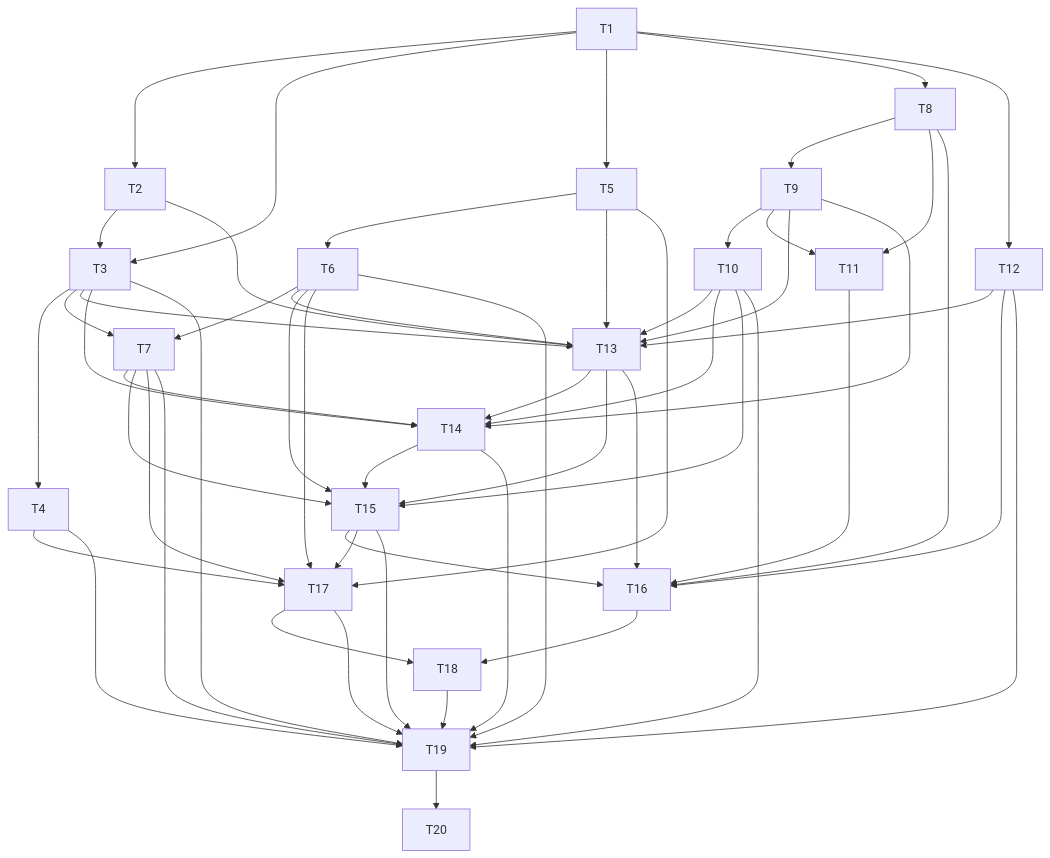
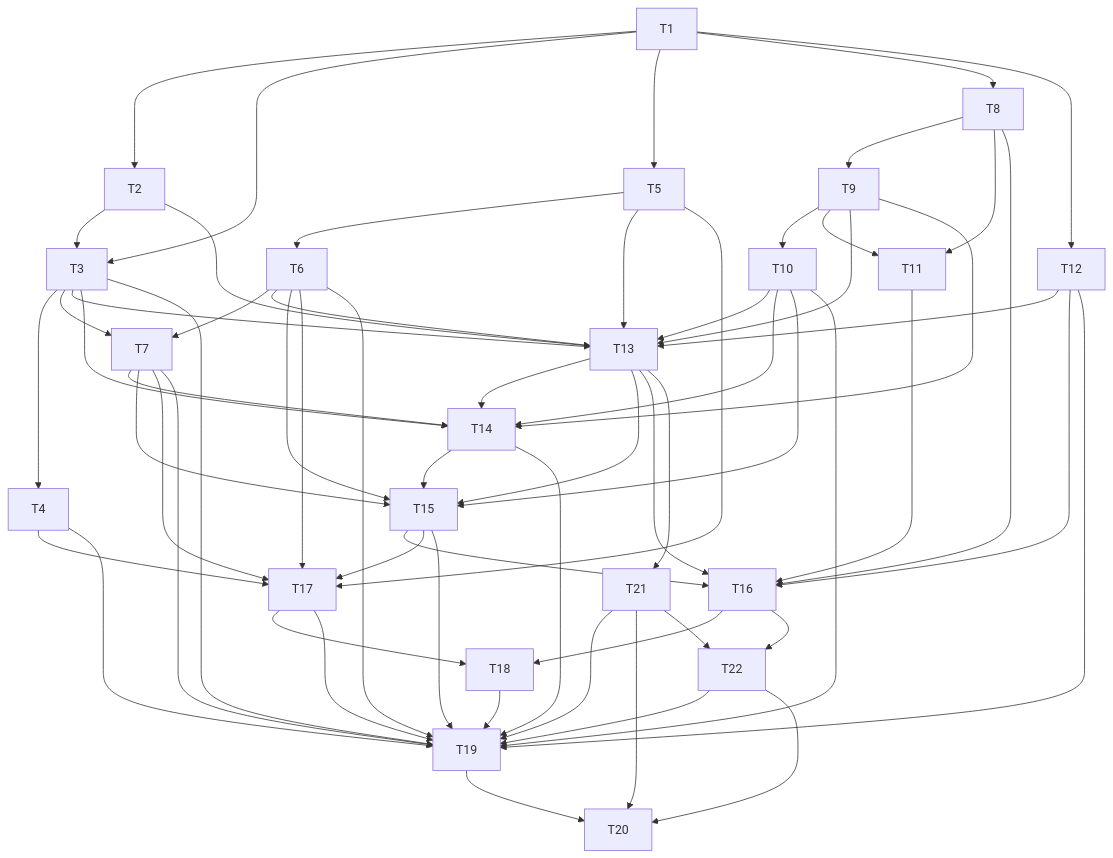
The diagram in plan/deliverable-breakdowns/D2-confirm-first-plan.md (ckolbegger/trade-journal-v3), drawn with Mermaid before and after one commit. The commit also changed other lines of this file and 3 other files, not shown here.

````diff
--- a/plan/deliverable-breakdowns/D2-confirm-first-plan.md
+++ b/plan/deliverable-breakdowns/D2-confirm-first-plan.md
@@ -213,57 +218,64 @@
 ```mermaid
 flowchart TD
     T1 --> T2
     T1 --> T3
     T1 --> T5
     T1 --> T8
     T1 --> T12
     T2 --> T3
     T2 --> T13
     T3 --> T4
     T3 --> T7
     T3 --> T13
     T3 --> T14
     T3 --> T19
     T4 --> T17
     T4 --> T19
     T5 --> T6
     T5 --> T13
     T5 --> T17
     T6 --> T7
     T6 --> T13
     T6 --> T15
     T6 --> T17
     T6 --> T19
     T7 --> T14
     T7 --> T15
     T7 --> T17
     T7 --> T19
     T8 --> T9
     T8 --> T11
     T8 --> T16
     T9 --> T10
     T9 --> T11
     T9 --> T13
     T9 --> T14
     T10 --> T13
     T10 --> T14
     T10 --> T15
     T10 --> T19
     T11 --> T16
     T12 --> T13
     T12 --> T16
     T12 --> T19
     T13 --> T14
     T13 --> T15
     T13 --> T16
     T14 --> T15
     T14 --> T19
     T15 --> T16
     T15 --> T17
     T15 --> T19
     T16 --> T18
     T17 --> T18
     T17 --> T19
     T18 --> T19
     T19 --> T20
+    T13 --> T21
+    T16 --> T22
+    T21 --> T19
+    T21 --> T20
+    T21 --> T22
+    T22 --> T19
+    T22 --> T20
 ```
````
